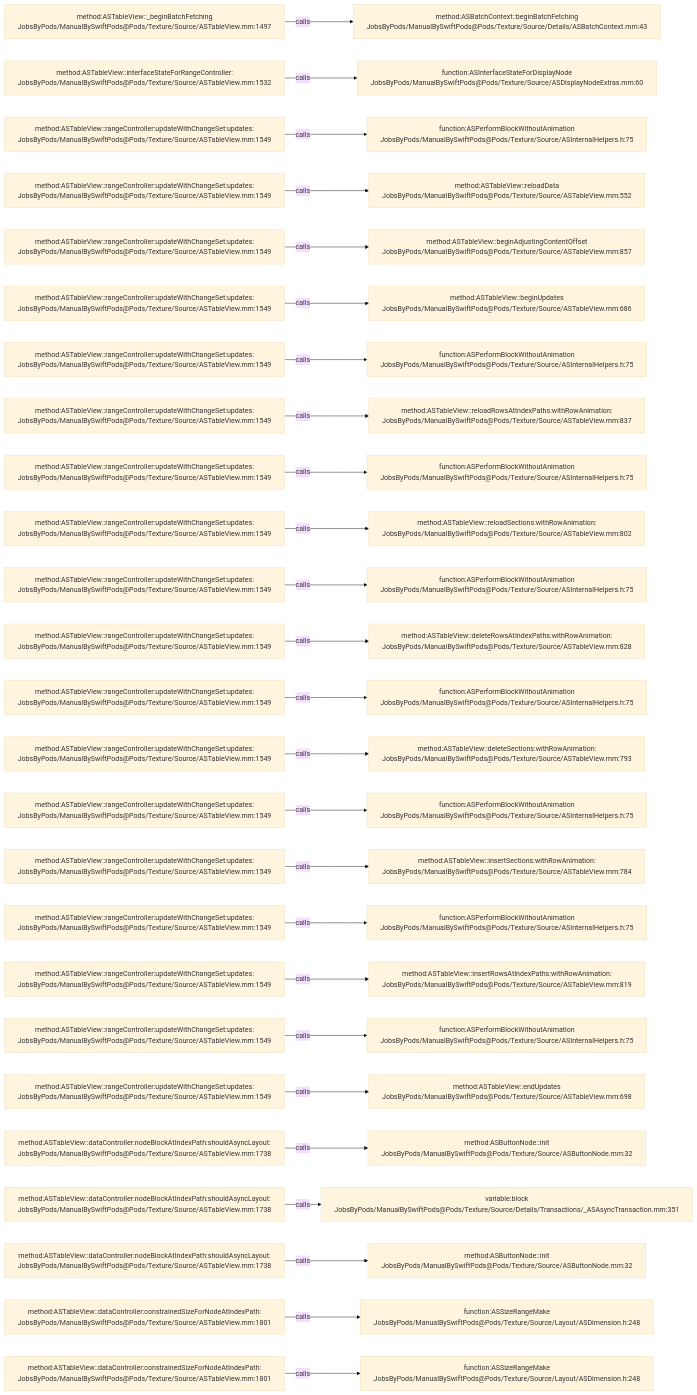
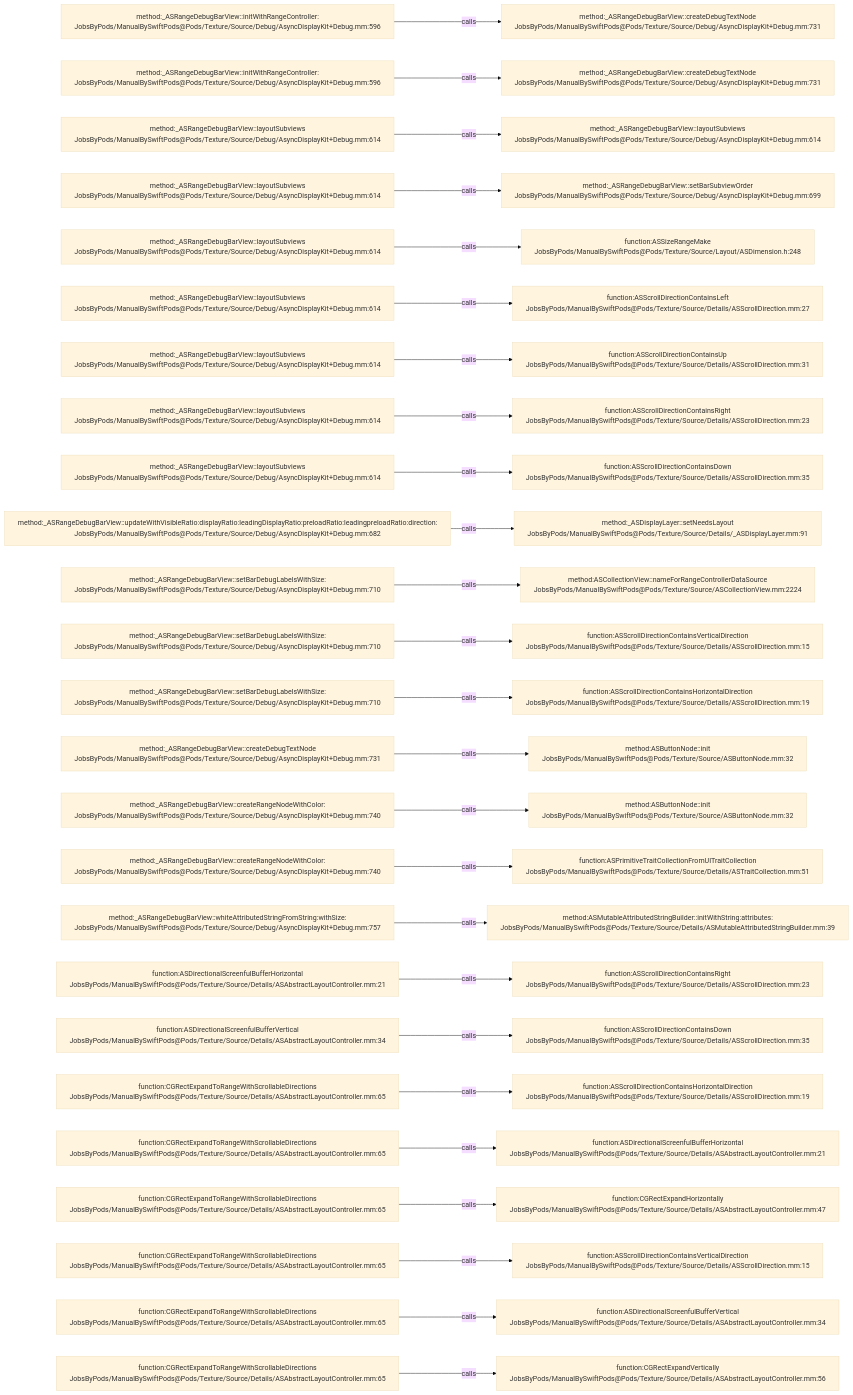
The diagram in .codegraph/codegraph.md/graphs/calls-081.md (JobsKits/JobsSwiftBaseConfigDemo), drawn with Mermaid (base theme) before and after one commit. The commit also changed 832 other files, not shown here.

````diff
--- a/.codegraph/codegraph.md/graphs/calls-081.md
+++ b/.codegraph/codegraph.md/graphs/calls-081.md
@@ -13,78 +13,78 @@
 ```mermaid
 flowchart LR
-  S1["method:ASTableView::_beginBatchFetching<br/>JobsByPods/ManualBySwiftPods@Pods/Texture/Source/ASTableView.mm:1497"]
-  T1["method:ASBatchContext::beginBatchFetching<br/>JobsByPods/ManualBySwiftPods@Pods/Texture/Source/Details/ASBatchContext.mm:43"]
+  S1["method:_ASRangeDebugBarView::initWithRangeController:<br/>JobsByPods/ManualBySwiftPods@Pods/Texture/Source/Debug/AsyncDisplayKit+Debug.mm:596"]
+  T1["method:_ASRangeDebugBarView::createDebugTextNode<br/>JobsByPods/ManualBySwiftPods@Pods/Texture/Source/Debug/AsyncDisplayKit+Debug.mm:731"]
   S1 -->|calls| T1
-  S2["method:ASTableView::interfaceStateForRangeController:<br/>JobsByPods/ManualBySwiftPods@Pods/Texture/Source/ASTableView.mm:1532"]
-  T2["function:ASInterfaceStateForDisplayNode<br/>JobsByPods/ManualBySwiftPods@Pods/Texture/Source/ASDisplayNodeExtras.mm:60"]
+  S2["method:_ASRangeDebugBarView::initWithRangeController:<br/>JobsByPods/ManualBySwiftPods@Pods/Texture/Source/Debug/AsyncDisplayKit+Debug.mm:596"]
+  T2["method:_ASRangeDebugBarView::createDebugTextNode<br/>JobsByPods/ManualBySwiftPods@Pods/Texture/Source/Debug/AsyncDisplayKit+Debug.mm:731"]
   S2 -->|calls| T2
-  S3["method:ASTableView::rangeController:updateWithChangeSet:updates:<br/>JobsByPods/ManualBySwiftPods@Pods/Texture/Source/ASTableView.mm:1549"]
-  T3["function:ASPerformBlockWithoutAnimation<br/>JobsByPods/ManualBySwiftPods@Pods/Texture/Source/ASInternalHelpers.h:75"]
+  S3["method:_ASRangeDebugBarView::layoutSubviews<br/>JobsByPods/ManualBySwiftPods@Pods/Texture/Source/Debug/AsyncDisplayKit+Debug.mm:614"]
+  T3["method:_ASRangeDebugBarView::layoutSubviews<br/>JobsByPods/ManualBySwiftPods@Pods/Texture/Source/Debug/AsyncDisplayKit+Debug.mm:614"]
   S3 -->|calls| T3
-  S4["method:ASTableView::rangeController:updateWithChangeSet:updates:<br/>JobsByPods/ManualBySwiftPods@Pods/Texture/Source/ASTableView.mm:1549"]
-  T4["method:ASTableView::reloadData<br/>JobsByPods/ManualBySwiftPods@Pods/Texture/Source/ASTableView.mm:552"]
+  S4["method:_ASRangeDebugBarView::layoutSubviews<br/>JobsByPods/ManualBySwiftPods@Pods/Texture/Source/Debug/AsyncDisplayKit+Debug.mm:614"]
+  T4["method:_ASRangeDebugBarView::setBarSubviewOrder<br/>JobsByPods/ManualBySwiftPods@Pods/Texture/Source/Debug/AsyncDisplayKit+Debug.mm:699"]
   S4 -->|calls| T4
-  S5["method:ASTableView::rangeController:updateWithChangeSet:updates:<br/>JobsByPods/ManualBySwiftPods@Pods/Texture/Source/ASTableView.mm:1549"]
-  T5["method:ASTableView::beginAdjustingContentOffset<br/>JobsByPods/ManualBySwiftPods@Pods/Texture/Source/ASTableView.mm:857"]
+  S5["method:_ASRangeDebugBarView::layoutSubviews<br/>JobsByPods/ManualBySwiftPods@Pods/Texture/Source/Debug/AsyncDisplayKit+Debug.mm:614"]
+  T5["function:ASSizeRangeMake<br/>JobsByPods/ManualBySwiftPods@Pods/Texture/Source/Layout/ASDimension.h:248"]
   S5 -->|calls| T5
-  S6["method:ASTableView::rangeController:updateWithChangeSet:updates:<br/>JobsByPods/ManualBySwiftPods@Pods/Texture/Source/ASTableView.mm:1549"]
-  T6["method:ASTableView::beginUpdates<br/>JobsByPods/ManualBySwiftPods@Pods/Texture/Source/ASTableView.mm:686"]
+  S6["method:_ASRangeDebugBarView::layoutSubviews<br/>JobsByPods/ManualBySwiftPods@Pods/Texture/Source/Debug/AsyncDisplayKit+Debug.mm:614"]
+  T6["function:ASScrollDirectionContainsLeft<br/>JobsByPods/ManualBySwiftPods@Pods/Texture/Source/Details/ASScrollDirection.mm:27"]
   S6 -->|calls| T6
-  S7["method:ASTableView::rangeController:updateWithChangeSet:updates:<br/>JobsByPods/ManualBySwiftPods@Pods/Texture/Source/ASTableView.mm:1549"]
-  T7["function:ASPerformBlockWithoutAnimation<br/>JobsByPods/ManualBySwiftPods@Pods/Texture/Source/ASInternalHelpers.h:75"]
+  S7["method:_ASRangeDebugBarView::layoutSubviews<br/>JobsByPods/ManualBySwiftPods@Pods/Texture/Source/Debug/AsyncDisplayKit+Debug.mm:614"]
+  T7["function:ASScrollDirectionContainsUp<br/>JobsByPods/ManualBySwiftPods@Pods/Texture/Source/Details/ASScrollDirection.mm:31"]
   S7 -->|calls| T7
-  S8["method:ASTableView::rangeController:updateWithChangeSet:updates:<br/>JobsByPods/ManualBySwiftPods@Pods/Texture/Source/ASTableView.mm:1549"]
-  T8["method:ASTableView::reloadRowsAtIndexPaths:withRowAnimation:<br/>JobsByPods/ManualBySwiftPods@Pods/Texture/Source/ASTableView.mm:837"]
+  S8["method:_ASRangeDebugBarView::layoutSubviews<br/>JobsByPods/ManualBySwiftPods@Pods/Texture/Source/Debug/AsyncDisplayKit+Debug.mm:614"]
+  T8["function:ASScrollDirectionContainsRight<br/>JobsByPods/ManualBySwiftPods@Pods/Texture/Source/Details/ASScrollDirection.mm:23"]
   S8 -->|calls| T8
-  S9["method:ASTableView::rangeController:updateWithChangeSet:updates:<br/>JobsByPods/ManualBySwiftPods@Pods/Texture/Source/ASTableView.mm:1549"]
-  T9["function:ASPerformBlockWithoutAnimation<br/>JobsByPods/ManualBySwiftPods@Pods/Texture/Source/ASInternalHelpers.h:75"]
+  S9["method:_ASRangeDebugBarView::layoutSubviews<br/>JobsByPods/ManualBySwiftPods@Pods/Texture/Source/Debug/AsyncDisplayKit+Debug.mm:614"]
+  T9["function:ASScrollDirectionContainsDown<br/>JobsByPods/ManualBySwiftPods@Pods/Texture/Source/Details/ASScrollDirection.mm:35"]
   S9 -->|calls| T9
-  S10["method:ASTableView::rangeController:updateWithChangeSet:updates:<br/>JobsByPods/ManualBySwiftPods@Pods/Texture/Source/ASTableView.mm:1549"]
-  T10["method:ASTableView::reloadSections:withRowAnimation:<br/>JobsByPods/ManualBySwiftPods@Pods/Texture/Source/ASTableView.mm:802"]
+  S10["method:_ASRangeDebugBarView::updateWithVisibleRatio:displayRatio:leadingDisplayRatio:preloadRatio:leadingpreloadRatio:direction:<br/>JobsByPods/ManualBySwiftPods@Pods/Texture/Source/Debug/AsyncDisplayKit+Debug.mm:682"]
+  T10["method:_ASDisplayLayer::setNeedsLayout<br/>JobsByPods/ManualBySwiftPods@Pods/Texture/Source/Details/_ASDisplayLayer.mm:91"]
   S10 -->|calls| T10
-  S11["method:ASTableView::rangeController:updateWithChangeSet:updates:<br/>JobsByPods/ManualBySwiftPods@Pods/Texture/Source/ASTableView.mm:1549"]
-  T11["function:ASPerformBlockWithoutAnimation<br/>JobsByPods/ManualBySwiftPods@Pods/Texture/Source/ASInternalHelpers.h:75"]
+  S11["method:_ASRangeDebugBarView::setBarDebugLabelsWithSize:<br/>JobsByPods/ManualBySwiftPods@Pods/Texture/Source/Debug/AsyncDisplayKit+Debug.mm:710"]
+  T11["method:ASCollectionView::nameForRangeControllerDataSource<br/>JobsByPods/ManualBySwiftPods@Pods/Texture/Source/ASCollectionView.mm:2224"]
   S11 -->|calls| T11
-  S12["method:ASTableView::rangeController:updateWithChangeSet:updates:<br/>JobsByPods/ManualBySwiftPods@Pods/Texture/Source/ASTableView.mm:1549"]
-  T12["method:ASTableView::deleteRowsAtIndexPaths:withRowAnimation:<br/>JobsByPods/ManualBySwiftPods@Pods/Texture/Source/ASTableView.mm:828"]
+  S12["method:_ASRangeDebugBarView::setBarDebugLabelsWithSize:<br/>JobsByPods/ManualBySwiftPods@Pods/Texture/Source/Debug/AsyncDisplayKit+Debug.mm:710"]
+  T12["function:ASScrollDirectionContainsVerticalDirection<br/>JobsByPods/ManualBySwiftPods@Pods/Texture/Source/Details/ASScrollDirection.mm:15"]
   S12 -->|calls| T12
-  S13["method:ASTableView::rangeController:updateWithChangeSet:updates:<br/>JobsByPods/ManualBySwiftPods@Pods/Texture/Source/ASTableView.mm:1549"]
-  T13["function:ASPerformBlockWithoutAnimation<br/>JobsByPods/ManualBySwiftPods@Pods/Texture/Source/ASInternalHelpers.h:75"]
+  S13["method:_ASRangeDebugBarView::setBarDebugLabelsWithSize:<br/>JobsByPods/ManualBySwiftPods@Pods/Texture/Source/Debug/AsyncDisplayKit+Debug.mm:710"]
+  T13["function:ASScrollDirectionContainsHorizontalDirection<br/>JobsByPods/ManualBySwiftPods@Pods/Texture/Source/Details/ASScrollDirection.mm:19"]
   S13 -->|calls| T13
-  S14["method:ASTableView::rangeController:updateWithChangeSet:updates:<br/>JobsByPods/ManualBySwiftPods@Pods/Texture/Source/ASTableView.mm:1549"]
-  T14["method:ASTableView::deleteSections:withRowAnimation:<br/>JobsByPods/ManualBySwiftPods@Pods/Texture/Source/ASTableView.mm:793"]
+  S14["method:_ASRangeDebugBarView::createDebugTextNode<br/>JobsByPods/ManualBySwiftPods@Pods/Texture/Source/Debug/AsyncDisplayKit+Debug.mm:731"]
+  T14["method:ASButtonNode::init<br/>JobsByPods/ManualBySwiftPods@Pods/Texture/Source/ASButtonNode.mm:32"]
   S14 -->|calls| T14
-  S15["method:ASTableView::rangeController:updateWithChangeSet:updates:<br/>JobsByPods/ManualBySwiftPods@Pods/Texture/Source/ASTableView.mm:1549"]
-  T15["function:ASPerformBlockWithoutAnimation<br/>JobsByPods/ManualBySwiftPods@Pods/Texture/Source/ASInternalHelpers.h:75"]
+  S15["method:_ASRangeDebugBarView::createRangeNodeWithColor:<br/>JobsByPods/ManualBySwiftPods@Pods/Texture/Source/Debug/AsyncDisplayKit+Debug.mm:740"]
+  T15["method:ASButtonNode::init<br/>JobsByPods/ManualBySwiftPods@Pods/Texture/Source/ASButtonNode.mm:32"]
   S15 -->|calls| T15
-  S16["method:ASTableView::rangeController:updateWithChangeSet:updates:<br/>JobsByPods/ManualBySwiftPods@Pods/Texture/Source/ASTableView.mm:1549"]
-  T16["method:ASTableView::insertSections:withRowAnimation:<br/>JobsByPods/ManualBySwiftPods@Pods/Texture/Source/ASTableView.mm:784"]
+  S16["method:_ASRangeDebugBarView::createRangeNodeWithColor:<br/>JobsByPods/ManualBySwiftPods@Pods/Texture/Source/Debug/AsyncDisplayKit+Debug.mm:740"]
+  T16["function:ASPrimitiveTraitCollectionFromUITraitCollection<br/>JobsByPods/ManualBySwiftPods@Pods/Texture/Source/Details/ASTraitCollection.mm:51"]
   S16 -->|calls| T16
-  S17["method:ASTableView::rangeController:updateWithChangeSet:updates:<br/>JobsByPods/ManualBySwiftPods@Pods/Texture/Source/ASTableView.mm:1549"]
-  T17["function:ASPerformBlockWithoutAnimation<br/>JobsByPods/ManualBySwiftPods@Pods/Texture/Source/ASInternalHelpers.h:75"]
+  S17["method:_ASRangeDebugBarView::whiteAttributedStringFromString:withSize:<br/>JobsByPods/ManualBySwiftPods@Pods/Texture/Source/Debug/AsyncDisplayKit+Debug.mm:757"]
+  T17["method:ASMutableAttributedStringBuilder::initWithString:attributes:<br/>JobsByPods/ManualBySwiftPods@Pods/Texture/Source/Details/ASMutableAttributedStringBuilder.mm:39"]
   S17 -->|calls| T17
-  S18["method:ASTableView::rangeController:updateWithChangeSet:updates:<br/>JobsByPods/ManualBySwiftPods@Pods/Texture/Source/ASTableView.mm:1549"]
-  T18["method:ASTableView::insertRowsAtIndexPaths:withRowAnimation:<br/>JobsByPods/ManualBySwiftPods@Pods/Texture/Source/ASTableView.mm:819"]
+  S18["function:ASDirectionalScreenfulBufferHorizontal<br/>JobsByPods/ManualBySwiftPods@Pods/Texture/Source/Details/ASAbstractLayoutController.mm:21"]
+  T18["function:ASScrollDirectionContainsRight<br/>JobsByPods/ManualBySwiftPods@Pods/Texture/Source/Details/ASScrollDirection.mm:23"]
   S18 -->|calls| T18
-  S19["method:ASTableView::rangeController:updateWithChangeSet:updates:<br/>JobsByPods/ManualBySwiftPods@Pods/Texture/Source/ASTableView.mm:1549"]
-  T19["function:ASPerformBlockWithoutAnimation<br/>JobsByPods/ManualBySwiftPods@Pods/Texture/Source/ASInternalHelpers.h:75"]
+  S19["function:ASDirectionalScreenfulBufferVertical<br/>JobsByPods/ManualBySwiftPods@Pods/Texture/Source/Details/ASAbstractLayoutController.mm:34"]
+  T19["function:ASScrollDirectionContainsDown<br/>JobsByPods/ManualBySwiftPods@Pods/Texture/Source/Details/ASScrollDirection.mm:35"]
   S19 -->|calls| T19
-  S20["method:ASTableView::rangeController:updateWithChangeSet:updates:<br/>JobsByPods/ManualBySwiftPods@Pods/Texture/Source/ASTableView.mm:1549"]
-  T20["method:ASTableView::endUpdates<br/>JobsByPods/ManualBySwiftPods@Pods/Texture/Source/ASTableView.mm:698"]
+  S20["function:CGRectExpandToRangeWithScrollableDirections<br/>JobsByPods/ManualBySwiftPods@Pods/Texture/Source/Details/ASAbstractLayoutController.mm:65"]
+  T20["function:ASScrollDirectionContainsHorizontalDirection<br/>JobsByPods/ManualBySwiftPods@Pods/Texture/Source/Details/ASScrollDirection.mm:19"]
   S20 -->|calls| T20
-  S21["method:ASTableView::dataController:nodeBlockAtIndexPath:shouldAsyncLayout:<br/>JobsByPods/ManualBySwiftPods@Pods/Texture/Source/ASTableView.mm:1738"]
-  T21["method:ASButtonNode::init<br/>JobsByPods/ManualBySwiftPods@Pods/Texture/Source/ASButtonNode.mm:32"]
+  S21["function:CGRectExpandToRangeWithScrollableDirections<br/>JobsByPods/ManualBySwiftPods@Pods/Texture/Source/Details/ASAbstractLayoutController.mm:65"]
+  T21["function:ASDirectionalScreenfulBufferHorizontal<br/>JobsByPods/ManualBySwiftPods@Pods/Texture/Source/Details/ASAbstractLayoutController.mm:21"]
   S21 -->|calls| T21
-  S22["method:ASTableView::dataController:nodeBlockAtIndexPath:shouldAsyncLayout:<br/>JobsByPods/ManualBySwiftPods@Pods/Texture/Source/ASTableView.mm:1738"]
-  T22["variable:block<br/>JobsByPods/ManualBySwiftPods@Pods/Texture/Source/Details/Transactions/_ASAsyncTransaction.mm:351"]
+  S22["function:CGRectExpandToRangeWithScrollableDirections<br/>JobsByPods/ManualBySwiftPods@Pods/Texture/Source/Details/ASAbstractLayoutController.mm:65"]
+  T22["function:CGRectExpandHorizontally<br/>JobsByPods/ManualBySwiftPods@Pods/Texture/Source/Details/ASAbstractLayoutController.mm:47"]
   S22 -->|calls| T22
-  S23["method:ASTableView::dataController:nodeBlockAtIndexPath:shouldAsyncLayout:<br/>JobsByPods/ManualBySwiftPods@Pods/Texture/Source/ASTableView.mm:1738"]
-  T23["method:ASButtonNode::init<br/>JobsByPods/ManualBySwiftPods@Pods/Texture/Source/ASButtonNode.mm:32"]
+  S23["function:CGRectExpandToRangeWithScrollableDirections<br/>JobsByPods/ManualBySwiftPods@Pods/Texture/Source/Details/ASAbstractLayoutController.mm:65"]
+  T23["function:ASScrollDirectionContainsVerticalDirection<br/>JobsByPods/ManualBySwiftPods@Pods/Texture/Source/Details/ASScrollDirection.mm:15"]
   S23 -->|calls| T23
-  S24["method:ASTableView::dataController:constrainedSizeForNodeAtIndexPath:<br/>JobsByPods/ManualBySwiftPods@Pods/Texture/Source/ASTableView.mm:1801"]
-  T24["function:ASSizeRangeMake<br/>JobsByPods/ManualBySwiftPods@Pods/Texture/Source/Layout/ASDimension.h:248"]
+  S24["function:CGRectExpandToRangeWithScrollableDirections<br/>JobsByPods/ManualBySwiftPods@Pods/Texture/Source/Details/ASAbstractLayoutController.mm:65"]
+  T24["function:ASDirectionalScreenfulBufferVertical<br/>JobsByPods/ManualBySwiftPods@Pods/Texture/Source/Details/ASAbstractLayoutController.mm:34"]
   S24 -->|calls| T24
-  S25["method:ASTableView::dataController:constrainedSizeForNodeAtIndexPath:<br/>JobsByPods/ManualBySwiftPods@Pods/Texture/Source/ASTableView.mm:1801"]
-  T25["function:ASSizeRangeMake<br/>JobsByPods/ManualBySwiftPods@Pods/Texture/Source/Layout/ASDimension.h:248"]
+  S25["function:CGRectExpandToRangeWithScrollableDirections<br/>JobsByPods/ManualBySwiftPods@Pods/Texture/Source/Details/ASAbstractLayoutController.mm:65"]
+  T25["function:CGRectExpandVertically<br/>JobsByPods/ManualBySwiftPods@Pods/Texture/Source/Details/ASAbstractLayoutController.mm:56"]
   S25 -->|calls| T25
 ```
````
